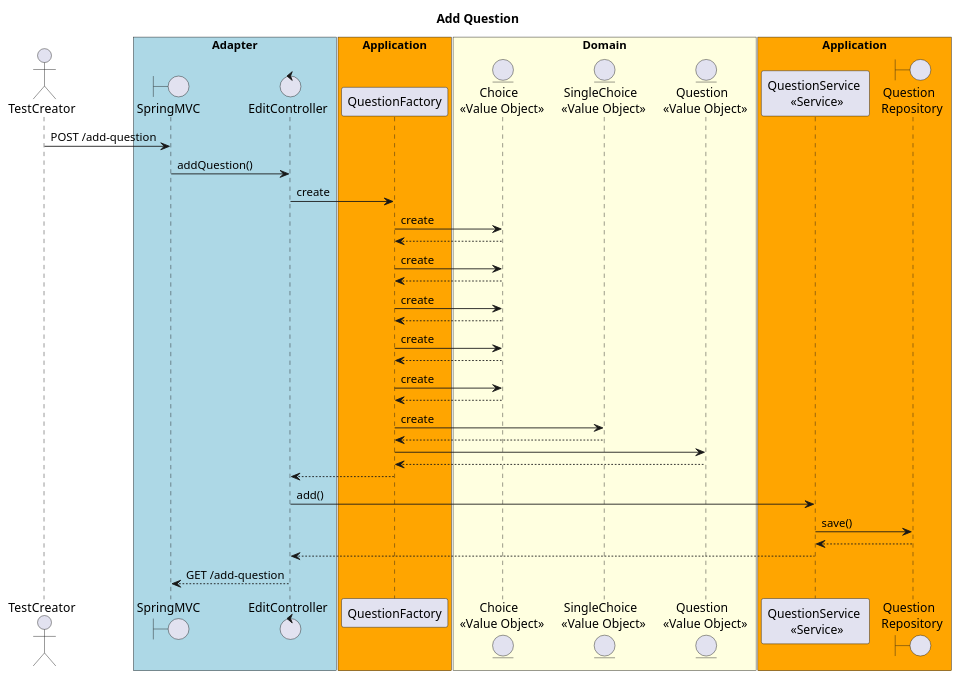
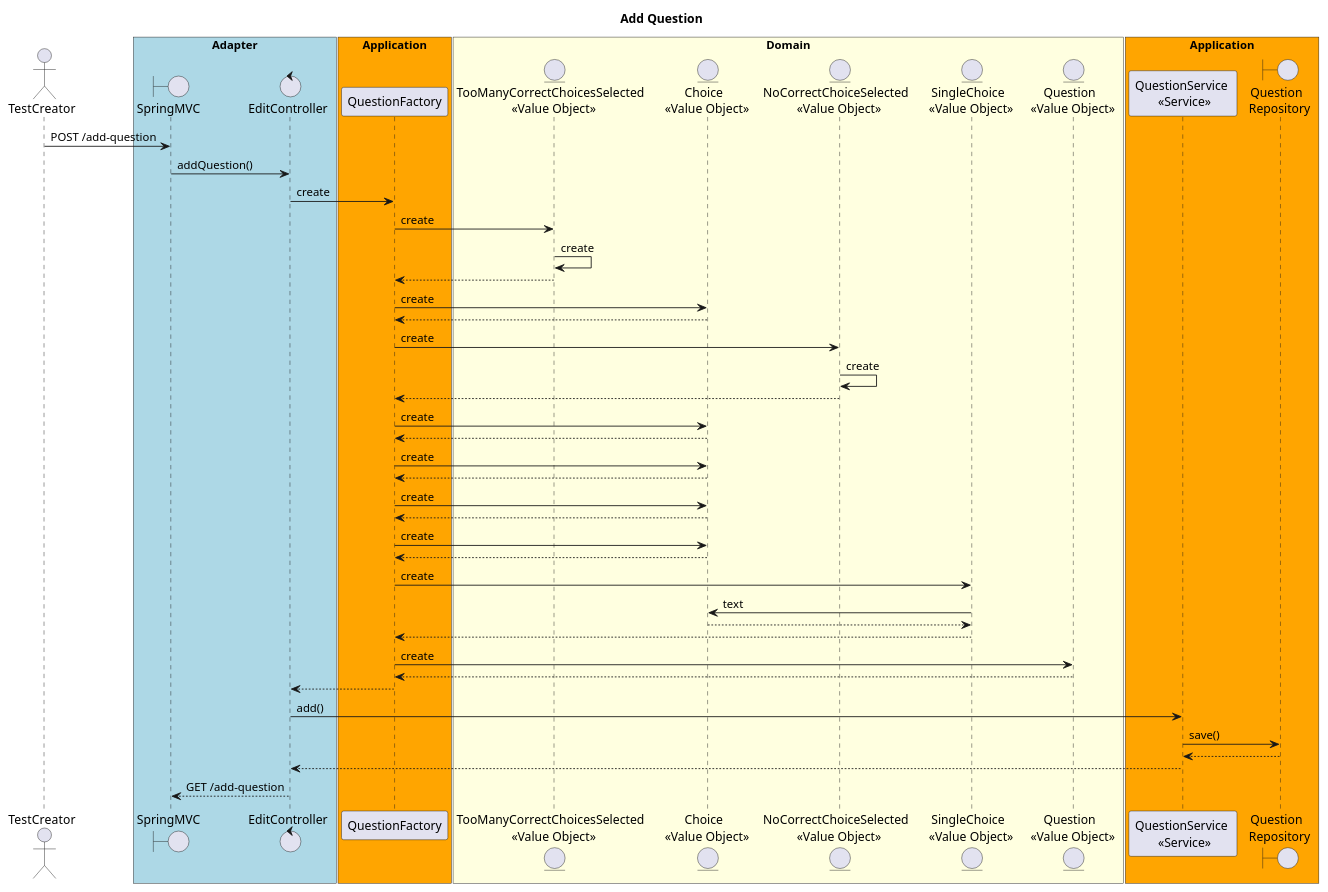
One commit to TomSpencerLondon/Quiz changed the diagram in src/main/resources/diagrams/addQuestion-sequenceDiagram.puml. Above: the diagram before and after it, drawn with PlantUML.

Commit message:
update sequence diagram for add question

```diff
--- a/src/main/resources/diagrams/addQuestion-sequenceDiagram.puml
+++ b/src/main/resources/diagrams/addQuestion-sequenceDiagram.puml
@@ -1,45 +1,55 @@
 @startuml
 title Add Question
 
 actor       TestCreator as creator
 box "Adapter" #lightblue
 boundary    SpringMVC   as mvc
 control     EditController  as ctrl
 end box
 box "Application" #orange
 participant QuestionFactory as factory
 end box
 box "Domain" #lightyellow
+entity "TooManyCorrectChoicesSelected \n <<Value Object>>" as tooMany
 entity "Choice \n <<Value Object>>" as choice
+entity "NoCorrectChoiceSelected \n <<Value Object>>" as noCorrect
 entity "SingleChoice \n <<Value Object>>" as singleChoice
 entity "Question \n <<Value Object>>" as question
 end box
 box "Application" #orange
 participant "QuestionService \n <<Service>>" as service
 boundary "Question \n Repository" as repo
 end box
 
 creator -> mvc : POST /add-question
 mvc -> ctrl : addQuestion()
 ctrl -> factory : create
+factory -> tooMany : create
+tooMany -> tooMany : create
+factory <-- tooMany
 factory -> choice : create
 choice --> factory
+factory -> noCorrect : create
+noCorrect -> noCorrect : create
+factory <-- noCorrect
 factory -> choice : create
 choice --> factory
 factory -> choice : create
 choice --> factory
 factory -> choice : create
 choice --> factory
 factory -> choice : create
 choice --> factory
 factory -> singleChoice : create
+singleChoice -> choice : text
+singleChoice <-- choice
 factory <-- singleChoice
-factory -> question
+factory -> question : create
 factory <-- question
 ctrl <-- factory
 ctrl -> service : add()
 service -> repo : save()
 service <-- repo
 ctrl <-- service
 mvc <-- ctrl : GET /add-question
 @enduml
```
